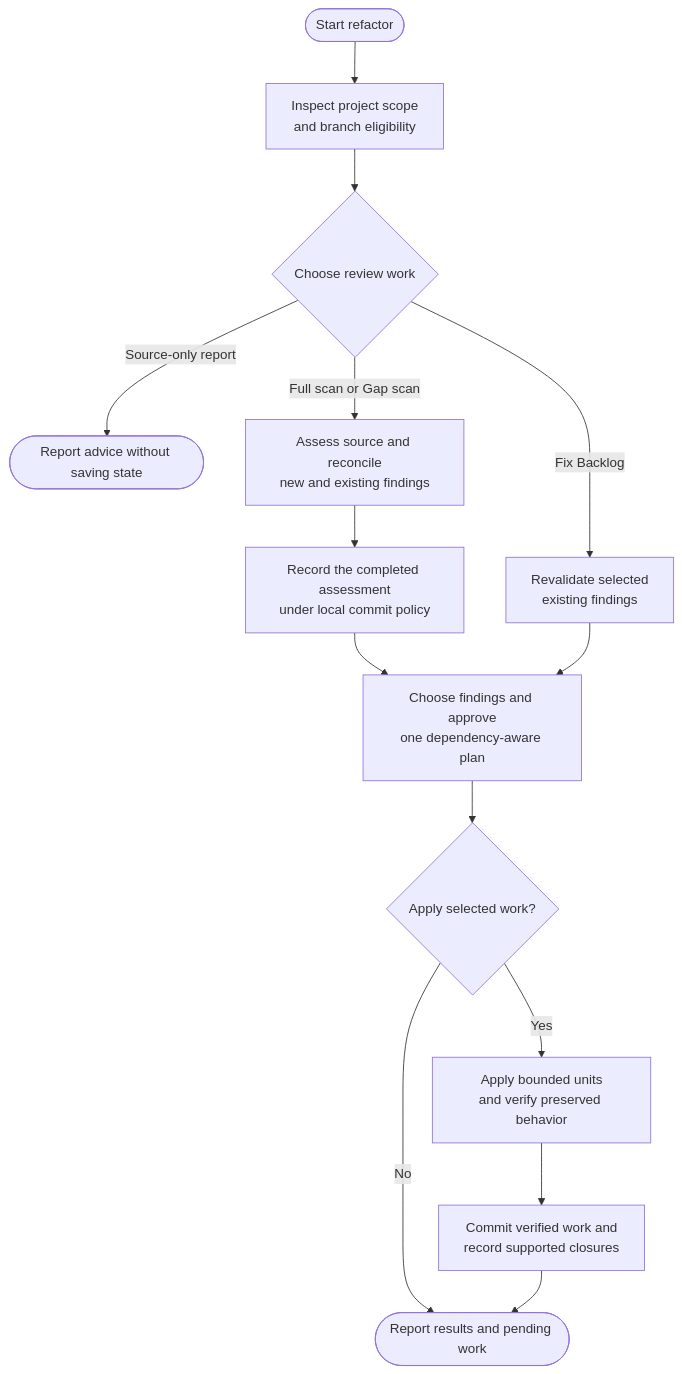
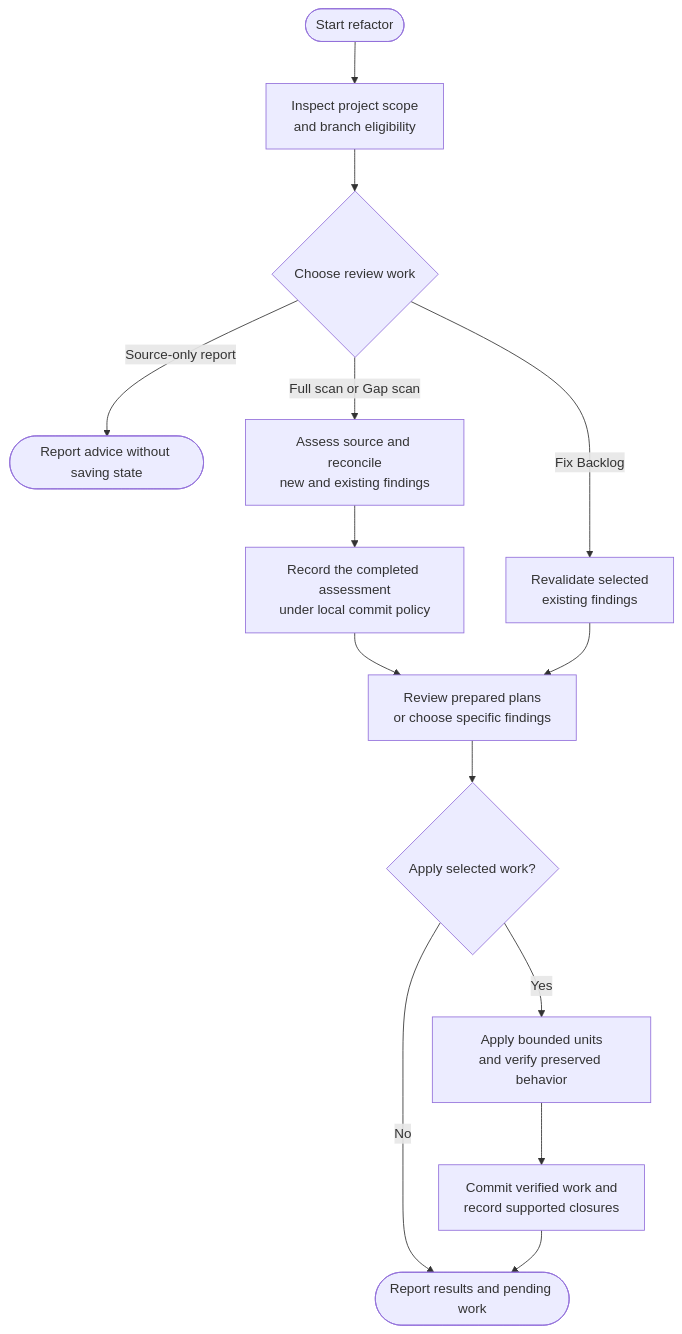
Before and after one commit to myowinthein/agent-helm: the diagram in docs/commands/refactor/detailed.md, drawn with Mermaid. The commit also changed other lines of this file and 37 other files, not shown here.

````diff
--- a/docs/commands/refactor/detailed.md
+++ b/docs/commands/refactor/detailed.md
@@ -22,16 +22,16 @@
 ```mermaid
 flowchart TD
   Start(["Start refactor"]) --> Preview["Inspect project scope<br/>and branch eligibility"]
   Preview --> Route{"Choose review work"}
   Route -->|Source-only report| Advisory(["Report advice without saving state"])
   Route -->|Full scan or Gap scan| Scan["Assess source and reconcile<br/>new and existing findings"]
   Route -->|Fix Backlog| Backlog["Revalidate selected<br/>existing findings"]
   Scan --> Assess["Record the completed assessment<br/>under local commit policy"]
-  Assess --> Plan["Choose findings and approve<br/>one dependency-aware plan"]
+  Assess --> Plan["Review prepared plans<br/>or choose specific findings"]
   Backlog --> Plan
   Plan --> Choice{"Apply selected work?"}
   Choice -->|No| Finish(["Report results and pending work"])
   Choice -->|Yes| Work["Apply bounded units<br/>and verify preserved behavior"]
   Work --> Record["Commit verified work and<br/>record supported closures"]
   Record --> Finish
 ```
````
